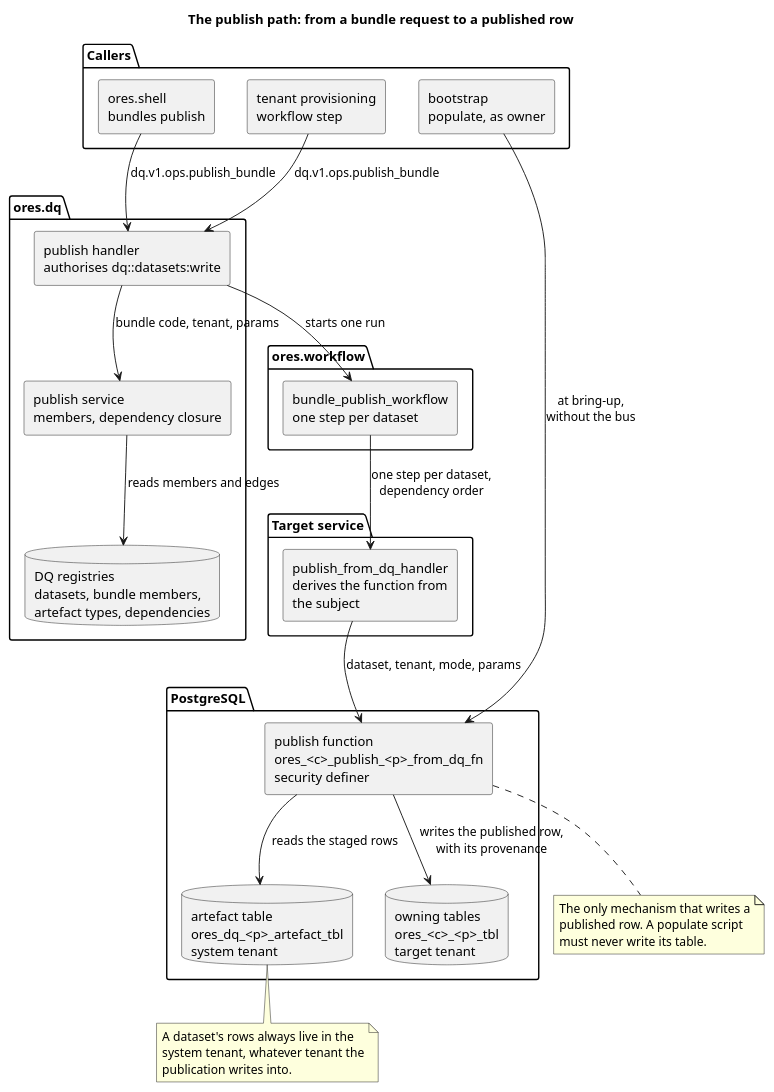
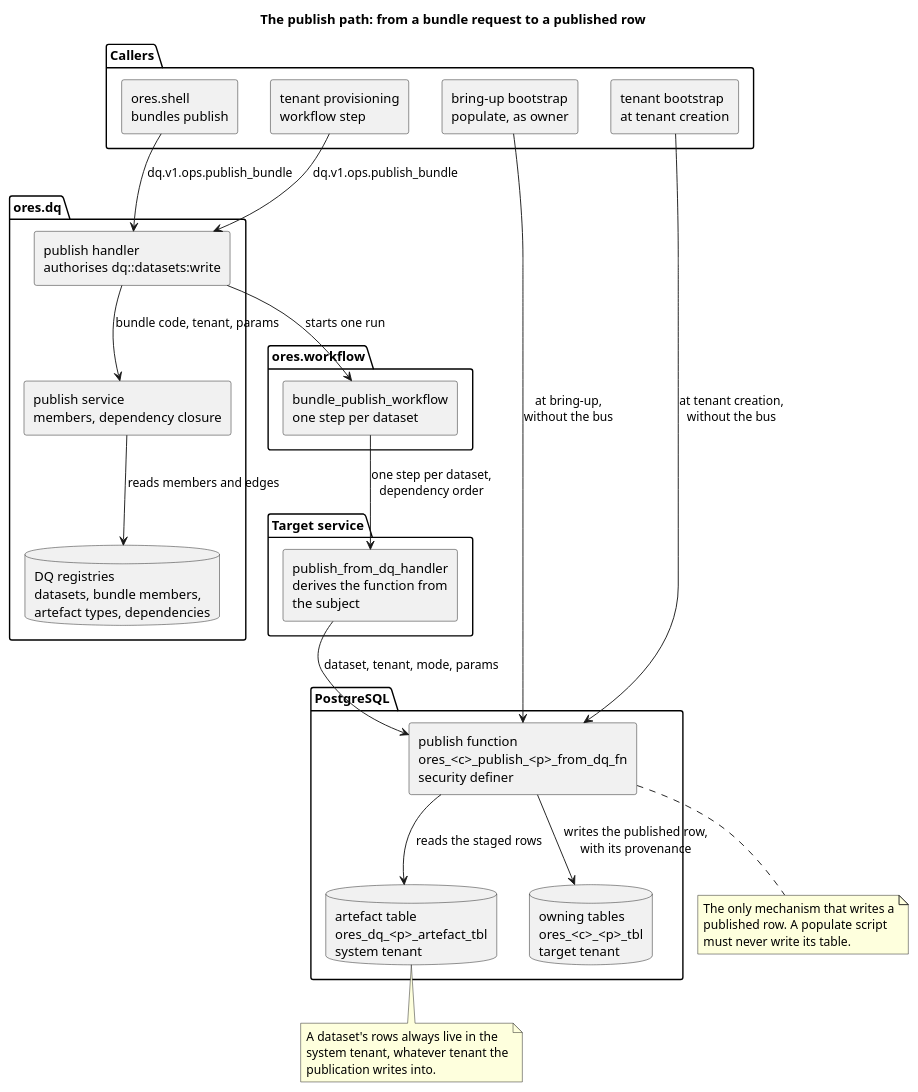
One commit to OreStudio/OreStudio changed the diagram in doc/knowledge/architecture/reference_data_path.puml. Above: the diagram before and after it, drawn with PlantUML. The commit also changed 31 other files, not shown here.

```diff
--- a/doc/knowledge/architecture/reference_data_path.puml
+++ b/doc/knowledge/architecture/reference_data_path.puml
@@ -18,56 +18,58 @@
 @startuml
 
 title The publish path: from a bundle request to a published row
 
 skinparam componentStyle rectangle
 
 package "Callers" {
     [ores.shell\nbundles publish] as shell
     [tenant provisioning\nworkflow step] as prov
-    [bootstrap\npopulate, as owner] as boot
+    [bring-up bootstrap\npopulate, as owner] as boot
+    [tenant bootstrap\nat tenant creation] as tboot
 }
 
 package "ores.dq" {
     [publish handler\nauthorises dq::datasets:write] as ph
     [publish service\nmembers, dependency closure] as ps
     database "DQ registries\ndatasets, bundle members,\nartefact types, dependencies" as reg
 }
 
 package "ores.workflow" {
     [bundle_publish_workflow\none step per dataset] as wf
 }
 
 package "Target service" {
     [publish_from_dq_handler\nderives the function from\nthe subject] as th
 }
 
 package "PostgreSQL" {
     [publish function\nores_<c>_publish_<p>_from_dq_fn\nsecurity definer] as fn
     database "artefact table\nores_dq_<p>_artefact_tbl\nsystem tenant" as art
     database "owning tables\nores_<c>_<p>_tbl\ntarget tenant" as tgt
 }
 
 shell --> ph : dq.v1.ops.publish_bundle
 prov --> ph : dq.v1.ops.publish_bundle
 ph --> ps : bundle code, tenant, params
 ps --> reg : reads members and edges
 ph --> wf : starts one run
 wf --> th : one step per dataset,\ndependency order
 th --> fn : dataset, tenant, mode, params
 fn --> art : reads the staged rows
 fn --> tgt : writes the published row,\nwith its provenance
 boot --> fn : at bring-up,\nwithout the bus
+tboot --> fn : at tenant creation,\nwithout the bus
 
 note bottom of art
   A dataset's rows always live in the
   system tenant, whatever tenant the
   publication writes into.
 end note
 
 note bottom of fn
   The only mechanism that writes a
   published row. A populate script
   must never write its table.
 end note
 
 @enduml
```
